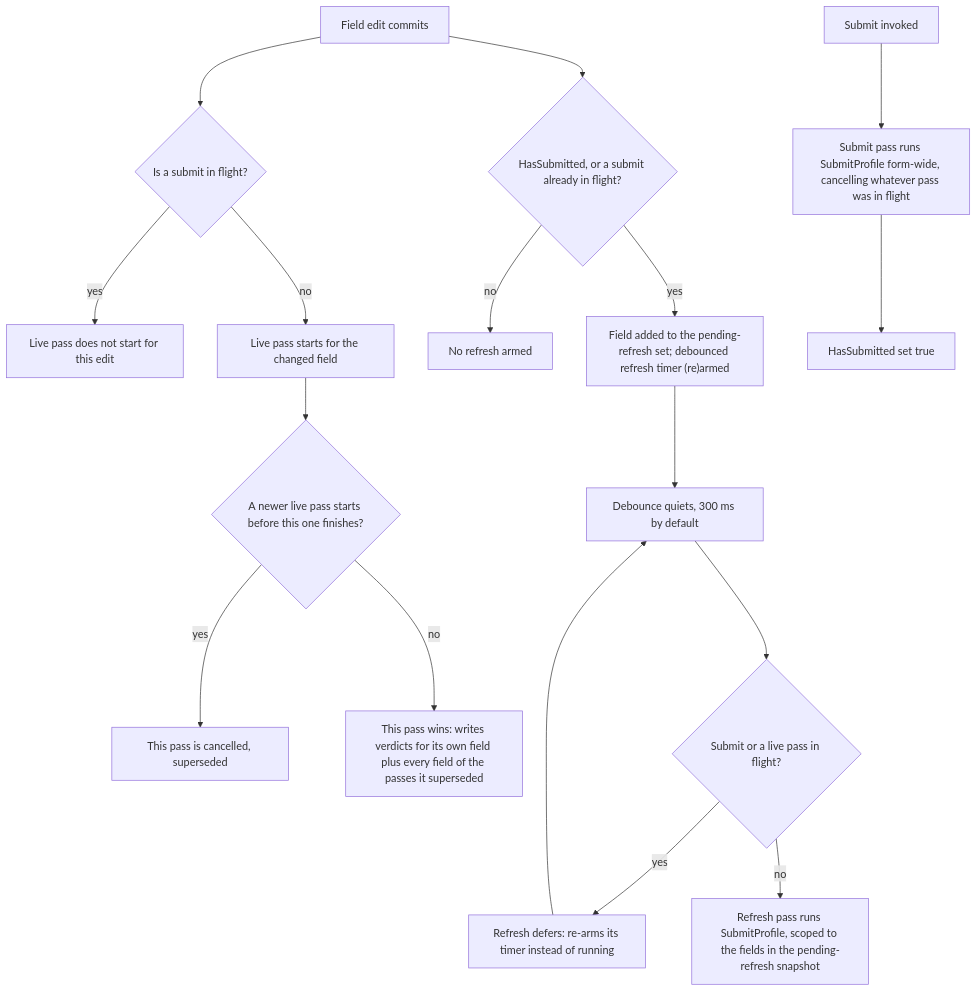
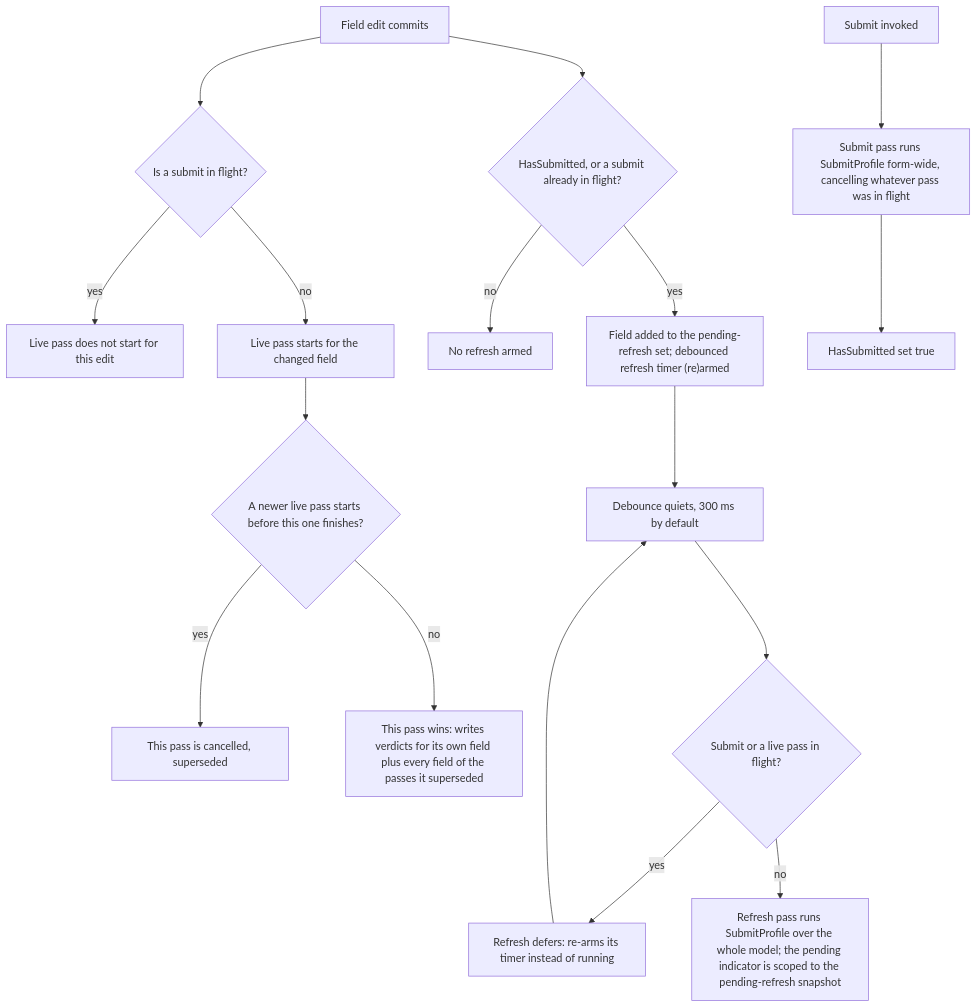
The diagram in docs/async-validation.md (xfunc-pty-ltd/formidable), drawn with Mermaid before and after one commit. The commit also changed other lines of this file and 26 other files, not shown here.

````diff
--- a/docs/async-validation.md
+++ b/docs/async-validation.md
@@ -109,22 +140,22 @@
 ```mermaid
 flowchart TD
     A["Field edit commits"] --> B{"Is a submit in flight?"}
     B -- "yes" --> C["Live pass does not start for this edit"]
     B -- "no" --> D["Live pass starts for the changed field"]
     D --> E{"A newer live pass starts before this one finishes?"}
     E -- "yes" --> F["This pass is cancelled, superseded"]
     E -- "no" --> G["This pass wins: writes verdicts for its own field plus every field of the passes it superseded"]
 
     A --> H{"HasSubmitted, or a submit already in flight?"}
     H -- "no" --> I["No refresh armed"]
     H -- "yes" --> J["Field added to the pending-refresh set; debounced refresh timer (re)armed"]
 
     J --> K["Debounce quiets, 300 ms by default"]
     K --> L{"Submit or a live pass in flight?"}
     L -- "yes" --> M["Refresh defers: re-arms its timer instead of running"]
     M --> K
-    L -- "no" --> N["Refresh pass runs SubmitProfile, scoped to the fields in the pending-refresh snapshot"]
+    L -- "no" --> N["Refresh pass runs SubmitProfile over the whole model; the pending indicator is scoped to the pending-refresh snapshot"]
 
     O["Submit invoked"] --> P["Submit pass runs SubmitProfile form-wide, cancelling whatever pass was in flight"]
     P --> Q["HasSubmitted set true"]
 ```
````
